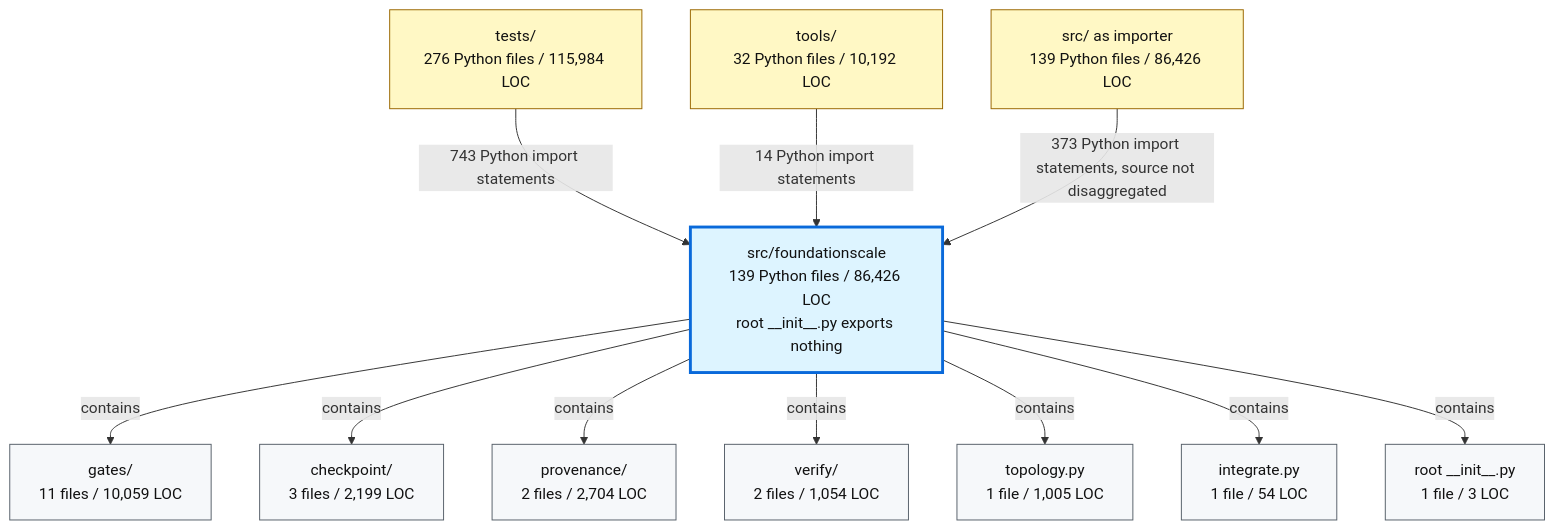
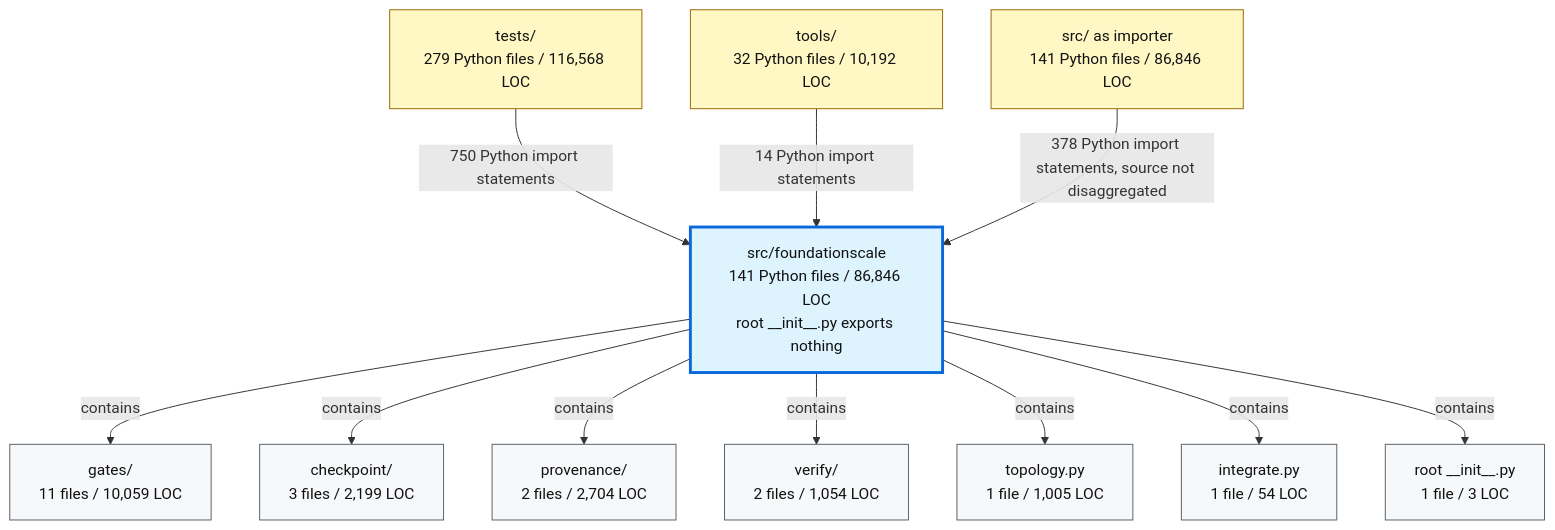
Before and after one commit to TranNhiem/FoundationScale: the second of 2 diagrams in docs/review/D2_current_architecture.md, drawn with Mermaid. The commit also changed other lines of this file and 10 other files, not shown here.

````diff
--- a/docs/review/D2_current_architecture.md
+++ b/docs/review/D2_current_architecture.md
@@ -97,36 +97,36 @@
 ```mermaid
 flowchart TB
-  TESTS["tests/<br/>276 Python files / 115,984 LOC"]
+  TESTS["tests/<br/>279 Python files / 116,568 LOC"]
   TOOLS["tools/<br/>32 Python files / 10,192 LOC"]
-  SRC["src/ as importer<br/>139 Python files / 86,426 LOC"]
+  SRC["src/ as importer<br/>141 Python files / 86,846 LOC"]
 
-  FS["src/foundationscale<br/>139 Python files / 86,426 LOC<br/>root __init__.py exports nothing"]
+  FS["src/foundationscale<br/>141 Python files / 86,846 LOC<br/>root __init__.py exports nothing"]
 
   GATES["gates/<br/>11 files / 10,059 LOC"]
   CKPT["checkpoint/<br/>3 files / 2,199 LOC"]
   PROV["provenance/<br/>2 files / 2,704 LOC"]
   VERIFY["verify/<br/>2 files / 1,054 LOC"]
   TOPO["topology.py<br/>1 file / 1,005 LOC"]
   INTEG["integrate.py<br/>1 file / 54 LOC"]
   ROOT["root __init__.py<br/>1 file / 3 LOC"]
 
-  TESTS -->|"743 Python import statements"| FS
+  TESTS -->|"750 Python import statements"| FS
   TOOLS -->|"14 Python import statements"| FS
-  SRC -->|"373 Python import statements, source not disaggregated"| FS
+  SRC -->|"378 Python import statements, source not disaggregated"| FS
 
   FS -->|"contains"| GATES
   FS -->|"contains"| CKPT
   FS -->|"contains"| PROV
   FS -->|"contains"| VERIFY
   FS -->|"contains"| TOPO
   FS -->|"contains"| INTEG
   FS -->|"contains"| ROOT
 
   classDef consumer fill:#fff8c5,stroke:#9a6700,color:#111;
   classDef package fill:#ddf4ff,stroke:#0969da,stroke-width:3px,color:#111;
   classDef module fill:#f6f8fa,stroke:#57606a,color:#111;
 
   class TESTS,TOOLS,SRC consumer;
   class FS package;
   class GATES,CKPT,PROV,VERIFY,TOPO,INTEG,ROOT module;
 ```
````
